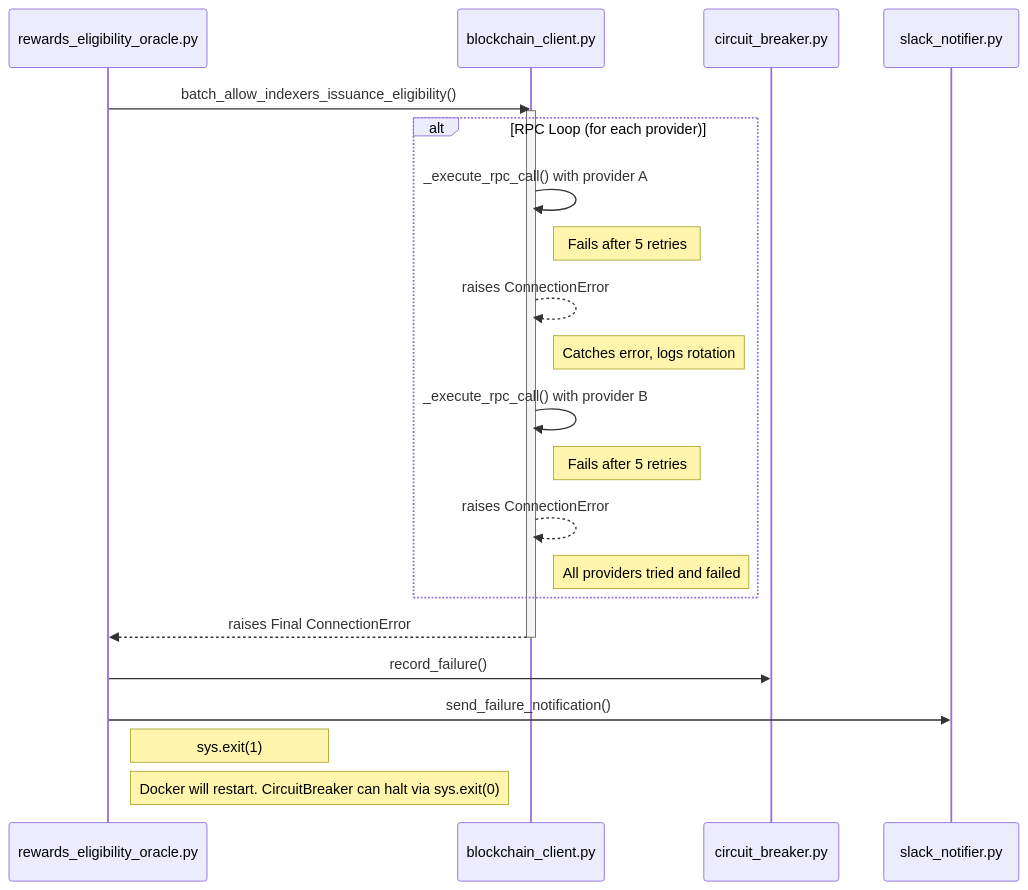
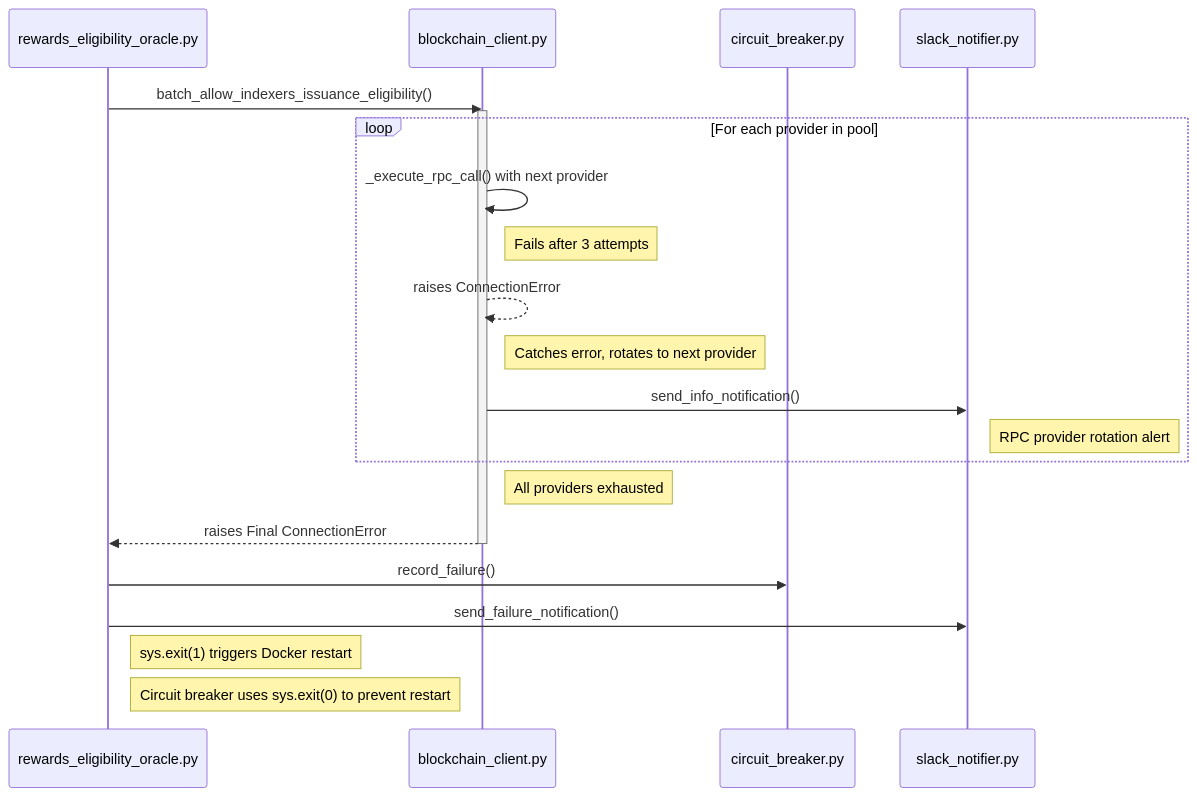
One commit to graphprotocol/rewards-eligibility-oracle changed the second of 2 diagrams in docs/technical-design.md. Above: the diagram before and after it, drawn with Mermaid. The commit also changed other lines of this file, not shown here.

First line of the commit message:
docs: add end-to-end oracle flow diagram (#54)

````diff
--- a/docs/technical-design.md
+++ b/docs/technical-design.md
@@ -11,46 +173,44 @@
 ```mermaid
 sequenceDiagram
     # Setup column titles
     participant main_oracle as rewards_eligibility_oracle.py
     participant blockchain_client as blockchain_client.py
     participant circuit_breaker as circuit_breaker.py
     participant slack_notifier as slack_notifier.py
 
     # Attempt function call
     main_oracle->>blockchain_client: batch_allow_indexers_issuance_eligibility()
 
     # Describe failure loop inside the blockchain_client module
     activate blockchain_client
-    alt RPC Loop (for each provider)
+    loop For each provider in pool
 
-        # Attempt RPC call 
-        blockchain_client->>blockchain_client: _execute_rpc_call() with provider A
-        note right of blockchain_client: Fails after 5 retries
+        # Attempt RPC call
+        blockchain_client->>blockchain_client: _execute_rpc_call() with next provider
+        note right of blockchain_client: Fails after 3 attempts
 
-        # Log failure
+        # Log failure and rotate
         blockchain_client-->>blockchain_client: raises ConnectionError
-        note right of blockchain_client: Catches error, logs rotation
+        note right of blockchain_client: Catches error, rotates to next provider
 
-        # Retry RPC call
-        blockchain_client->>blockchain_client: _execute_rpc_call() with provider B
-        note right of blockchain_client: Fails after 5 retries
+        # Send rotation notification
+        blockchain_client->>slack_notifier: send_info_notification()
+        note right of slack_notifier: RPC provider rotation alert
 
-        # Log final failure
-        blockchain_client-->>blockchain_client: raises ConnectionError
-        note right of blockchain_client: All providers tried and failed
     end
+    note right of blockchain_client: All providers exhausted
 
     # Raise error back to main_oracle oracle and exit blockchain_client module
     blockchain_client-->>main_oracle: raises Final ConnectionError
     deactivate blockchain_client
 
     # Take note of the failure in the circuit breaker, which can break the restart loop if triggered enough times in a short duration
     main_oracle->>circuit_breaker: record_failure()
 
     # Notify of the RPC failure in slack
     main_oracle->>slack_notifier: send_failure_notification()
 
     # Document restart process
-    note right of main_oracle: sys.exit(1)
-    note right of main_oracle: Docker will restart. CircuitBreaker can halt via sys.exit(0) 
+    note right of main_oracle: sys.exit(1) triggers Docker restart
+    note right of main_oracle: Circuit breaker uses sys.exit(0) to prevent restart 
 ```
````
